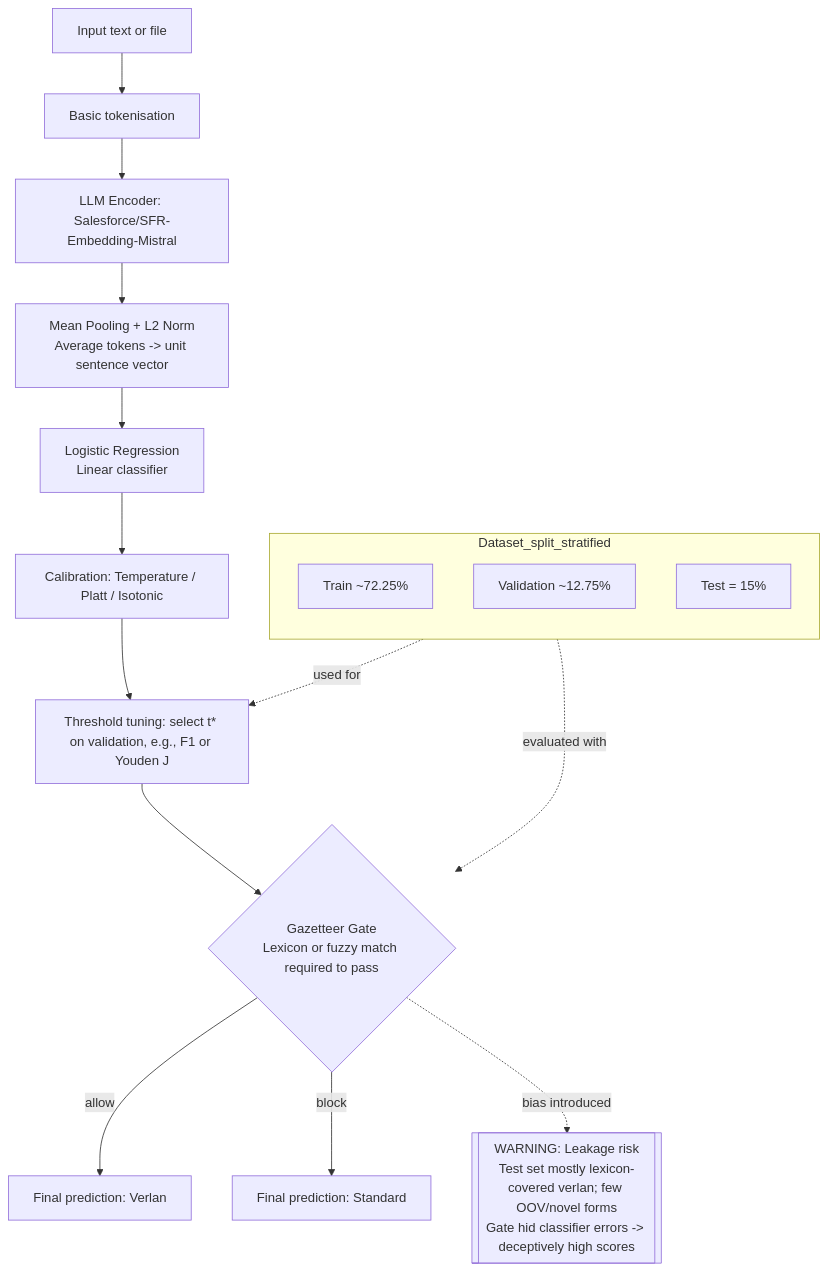
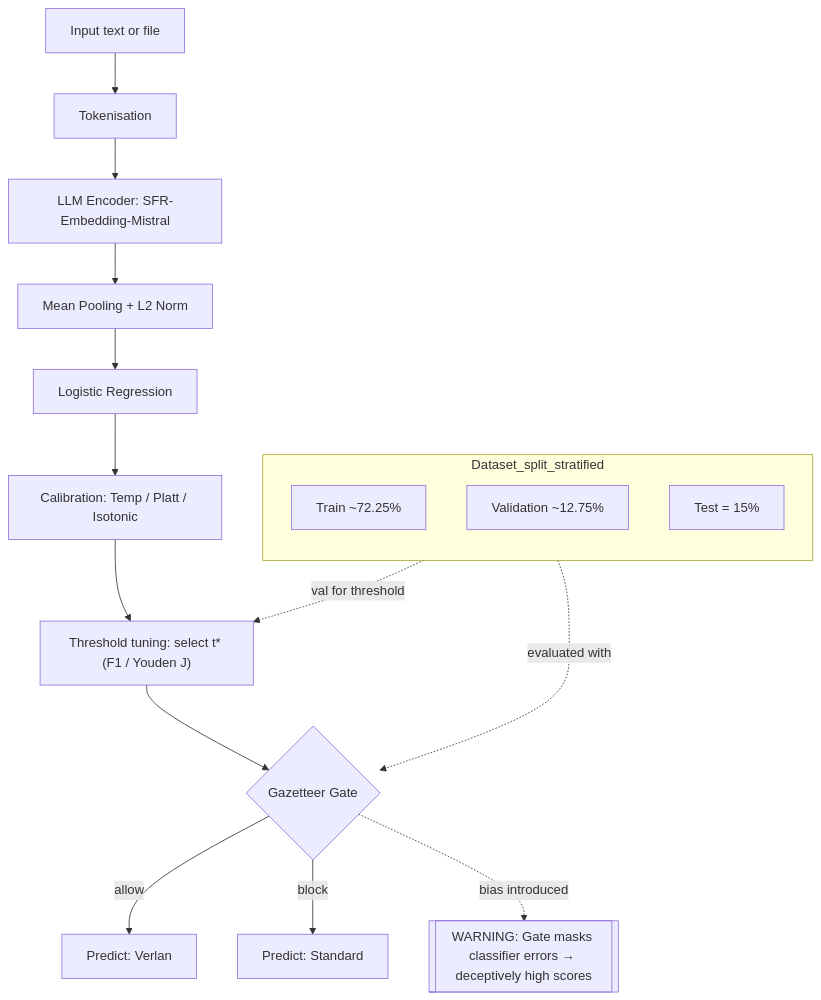
Before and after one commit to greateden/Verlan-Identification-Normalisation: the fourth of 4 diagrams in README.md, drawn with Mermaid. The commit also changed other lines of this file, not shown here.

````diff
--- a/README.md
+++ b/README.md
@@ -366,30 +448,26 @@
-  ```mermaid
-  flowchart TB
-    %% Fixed pipeline (Aug 2025) – HTML removed, ASCII only
+```mermaid
+flowchart TB
+  subgraph Dataset_split_stratified
+    direction TB
+    S1[Train ~72.25%]
+    S2[Validation ~12.75%]
+    S3[Test = 15%]
+  end
 
-    subgraph Dataset_split_stratified
-      direction TB
-      S1[Train ~72.25%]
-      S2[Validation ~12.75%]
-      S3[Test = 15%]
-    end
+  A[Input text or file] --> B[Tokenisation]
+  B --> C[LLM Encoder: SFR-Embedding-Mistral]
+  C --> D[Mean Pooling + L2 Norm]
+  D --> E[Logistic Regression]
 
-    A[Input text or file] --> B[Basic tokenisation]
-    B --> C[LLM Encoder: Salesforce/SFR-Embedding-Mistral]
-    C --> D[Mean Pooling + L2 Norm\nAverage tokens -> unit sentence vector]
-    D --> E[Logistic Regression\nLinear classifier]
+  E --> P1[Calibration: Temp / Platt / Isotonic]
+  P1 --> P2["Threshold tuning: select t* (F1 / Youden J)"]
+  P2 --> G{Gazetteer Gate}
 
-    %% Post-processing chain added only at inference time
-    E --> P1[Calibration: Temperature / Platt / Isotonic]
-    P1 --> P2[Threshold tuning: select t* on validation, e.g., F1 or Youden J]
-    P2 --> G{Gazetteer Gate\nLexicon or fuzzy match required to pass}
+  G -- allow --> H[Predict: Verlan]
+  G -- block --> I[Predict: Standard]
 
-    G -- allow --> H[Final prediction: Verlan]
-    G -- block --> I[Final prediction: Standard]
-
-    %% Evaluation linkage and warning
-    S2 -. used for .-> P2
-    S3 -. evaluated with .-> G
-    W[[WARNING: Leakage risk\nTest set mostly lexicon-covered verlan; few OOV/novel forms\nGate hid classifier errors -> deceptively high scores]]
-    G -. bias introduced .-> W
-  ```
+  S2 -. val for threshold .-> P2
+  S3 -. evaluated with .-> G
+  W[[WARNING: Gate masks classifier errors → deceptively high scores]]
+  G -. bias introduced .-> W
+```
````
